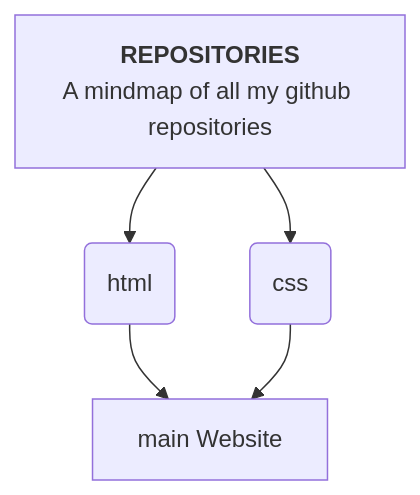
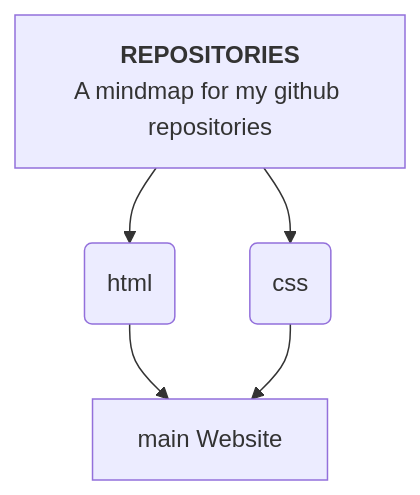
One commit to ABHIJEETH-V-N/ABHIJEETH-V-N changed the diagram in README.md. Above: the diagram before and after it, drawn with Mermaid.

````diff
--- a/README.md
+++ b/README.md
@@ -10,10 +10,10 @@
 ```mermaid
 %%{init: {"flowchart": {"htmlLabels": false}} }%%
 flowchart TD
 markdown["`**REPOSITORIES**
-A mindmap of all my github repositories`"]    
+A mindmap for my github repositories`"]    
 markdown -->A(html)
 markdown-->B(css)
 A-->re1[main Website]
 B-->re1
 ```
````
